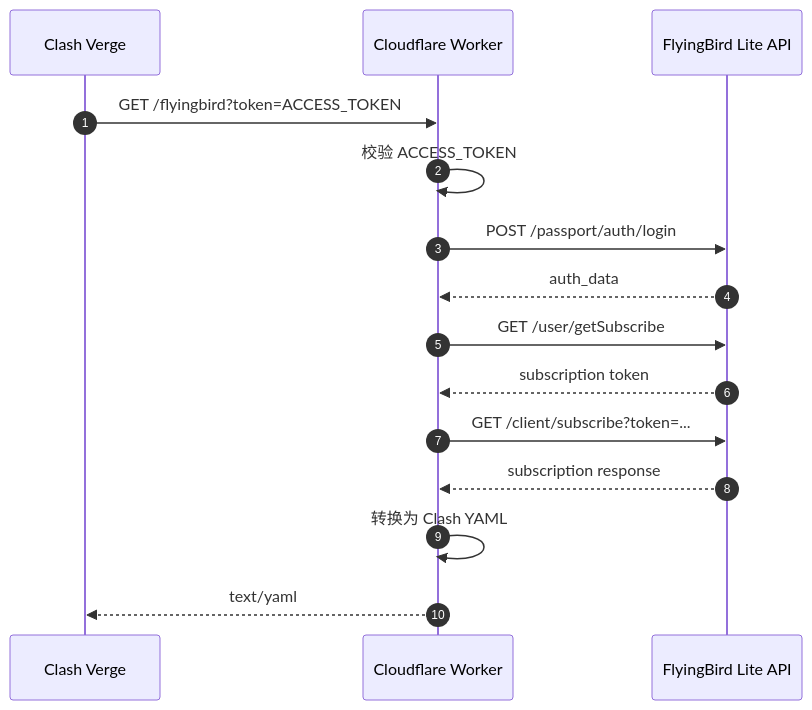
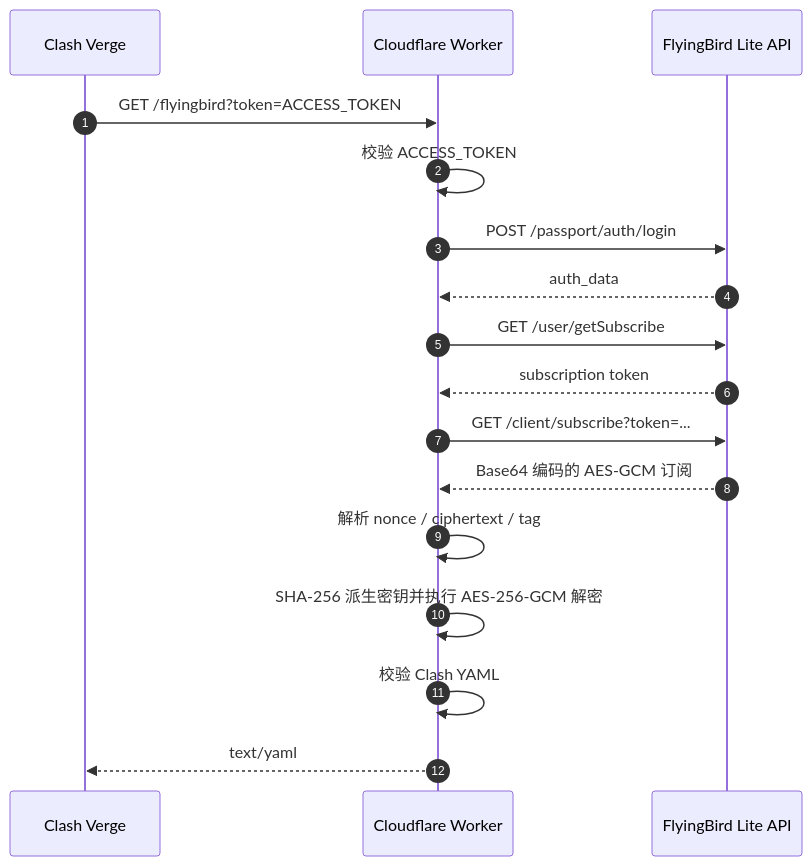
One commit to YuanzAAi/flying2sub changed the diagram in README.md. Above: the diagram before and after it, drawn with Mermaid. The commit also changed other lines of this file and 3 other files, not shown here.

````diff
--- a/README.md
+++ b/README.md
@@ -13,18 +13,20 @@
 ```mermaid
 sequenceDiagram
     autonumber
     participant CV as Clash Verge
     participant W as Cloudflare Worker
     participant FB as FlyingBird Lite API
 
     CV->>W: GET /flyingbird?token=ACCESS_TOKEN
     W->>W: 校验 ACCESS_TOKEN
     W->>FB: POST /passport/auth/login
     FB-->>W: auth_data
     W->>FB: GET /user/getSubscribe
     FB-->>W: subscription token
     W->>FB: GET /client/subscribe?token=...
-    FB-->>W: subscription response
-    W->>W: 转换为 Clash YAML
+    FB-->>W: Base64 编码的 AES-GCM 订阅
+    W->>W: 解析 nonce / ciphertext / tag
+    W->>W: SHA-256 派生密钥并执行 AES-256-GCM 解密
+    W->>W: 校验 Clash YAML
     W-->>CV: text/yaml
 ```
````
